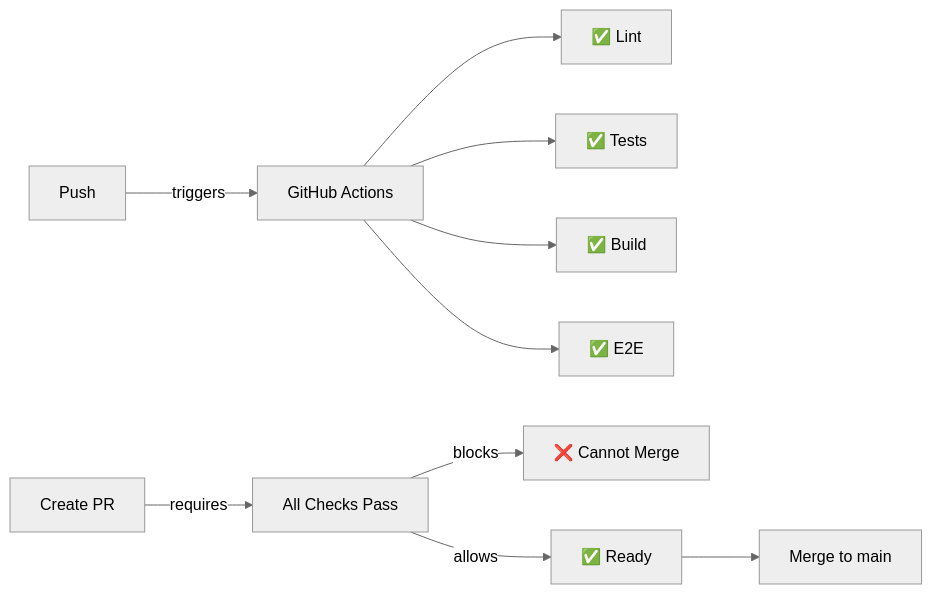
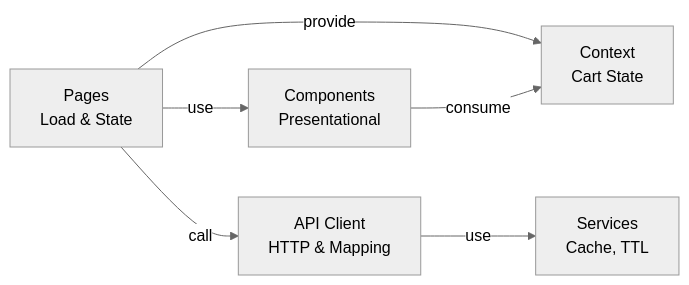
The fourth of 4 diagrams in README.md (Lolo179/challenge-luis), drawn with Mermaid (neutral theme) before and after one commit. The commit also changed other lines of this file and 2 other files, not shown here.

````diff
--- a/README.md
+++ b/README.md
@@ -159,13 +138,8 @@
 ```mermaid
 graph LR
-    A["Push"] -->|triggers| B["GitHub Actions"]
-    B --> C["✅ Lint"]
-    B --> D["✅ Tests"]
-    B --> E["✅ Build"]
-    B --> F["✅ E2E"]
-    
-    G["Create PR"] -->|requires| H["All Checks Pass"]
-    H -->|blocks| I["❌ Cannot Merge"]
-    H -->|allows| J["✅ Ready"]
-    J --> K["Merge to main"]
+    A["Pages<br/>Load & State"] -->|use| B["Components<br/>Presentational"]
+    A -->|call| C["API Client<br/>HTTP & Mapping"]
+    C -->|use| D["Services<br/>Cache, TTL"]
+    A -->|provide| E["Context<br/>Cart State"]
+    B -->|consume| E
 ```
````
